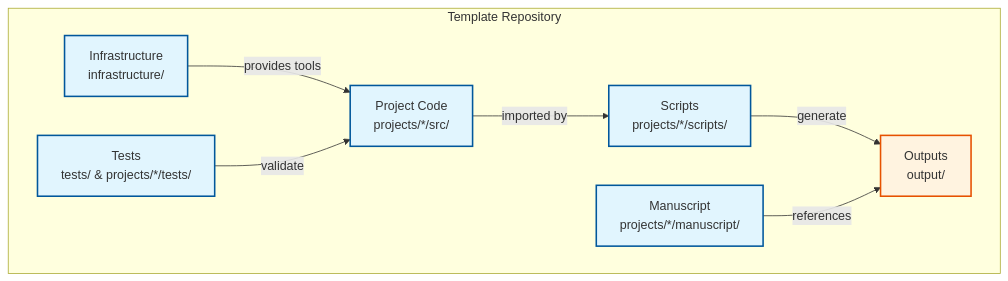
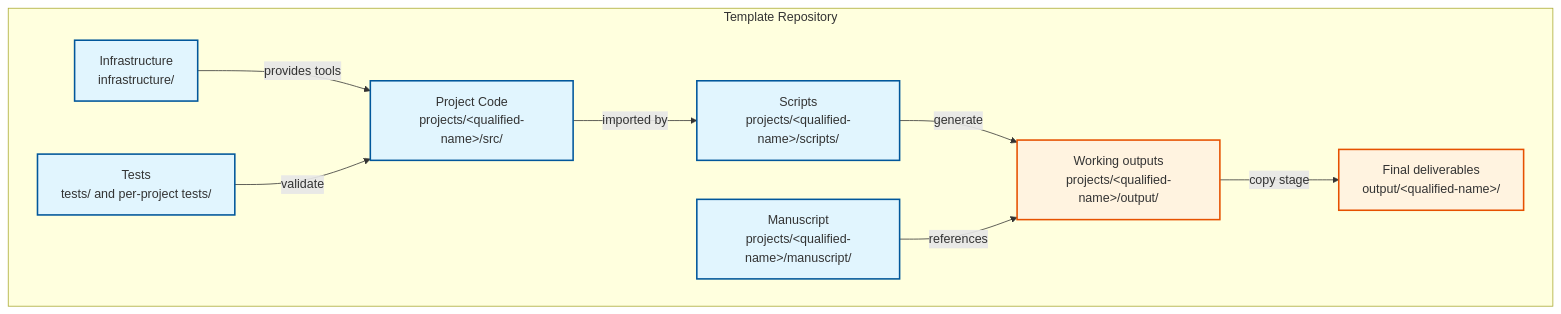
Before and after one commit to docxology/template: the diagram in docs/core/architecture.md, drawn with Mermaid. The commit also changed other lines of this file and 82 other files, not shown here.

````diff
--- a/docs/core/architecture.md
+++ b/docs/core/architecture.md
@@ -19,15 +25,16 @@
 ```mermaid
 graph TB
     subgraph "Template Repository"
         INFRA[Infrastructure<br/>infrastructure/] --> |"provides tools"| PROJECT
-        PROJECT[Project Code<br/>projects/*/src/] --> |"imported by"| SCRIPTS[Scripts<br/>projects/*/scripts/]
-        SCRIPTS --> |"generate"| OUTPUTS[Outputs<br/>output/]
-        TESTS[Tests<br/>tests/ & projects/*/tests/] --> |"validate"| PROJECT
-        MANUSCRIPT[Manuscript<br/>projects/*/manuscript/] --> |"references"| OUTPUTS
+        PROJECT[Project Code<br/>projects/&lt;qualified-name&gt;/src/] --> |"imported by"| SCRIPTS[Scripts<br/>projects/&lt;qualified-name&gt;/scripts/]
+        SCRIPTS --> |"generate"| WORKING[Working outputs<br/>projects/&lt;qualified-name&gt;/output/]
+        WORKING --> |"copy stage"| OUTPUTS[Final deliverables<br/>output/&lt;qualified-name&gt;/]
+        TESTS[Tests<br/>tests/ and per-project tests/] --> |"validate"| PROJECT
+        MANUSCRIPT[Manuscript<br/>projects/&lt;qualified-name&gt;/manuscript/] --> |"references"| WORKING
     end
 
     classDef core fill:#e1f5fe,stroke:#01579b,stroke-width:2px
     classDef output fill:#fff3e0,stroke:#e65100,stroke-width:2px
     class INFRA,PROJECT,SCRIPTS,TESTS,MANUSCRIPT core
-    class OUTPUTS output
+    class WORKING,OUTPUTS output
 ```
````
